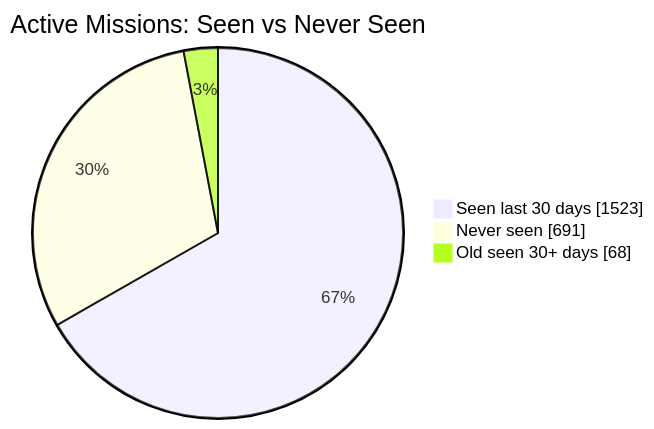
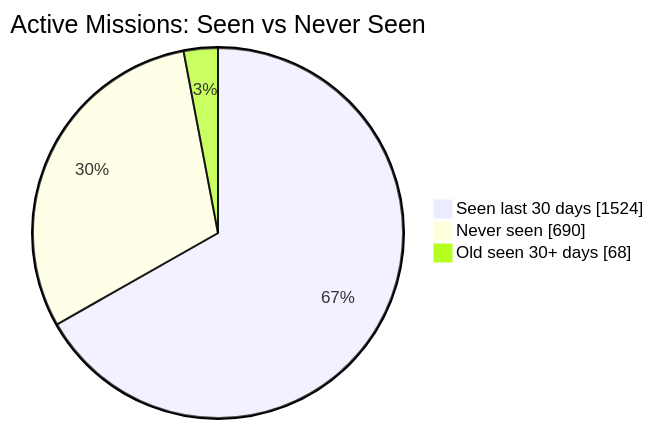
Before and after one commit to MeldkamerspelGameTeam/active-missions: the first of 2 diagrams in README.md, drawn with Mermaid. The commit also changed other lines of this file and 2 other files, not shown here.

````diff
--- a/README.md
+++ b/README.md
@@ -34,7 +34,7 @@
 ```mermaid
 pie showData
     title Active Missions: Seen vs Never Seen
-    "Seen last 30 days" : 1523
-    "Never seen" : 691
+    "Seen last 30 days" : 1524
+    "Never seen" : 690
     "Old seen 30+ days" : 68
 ```
````
